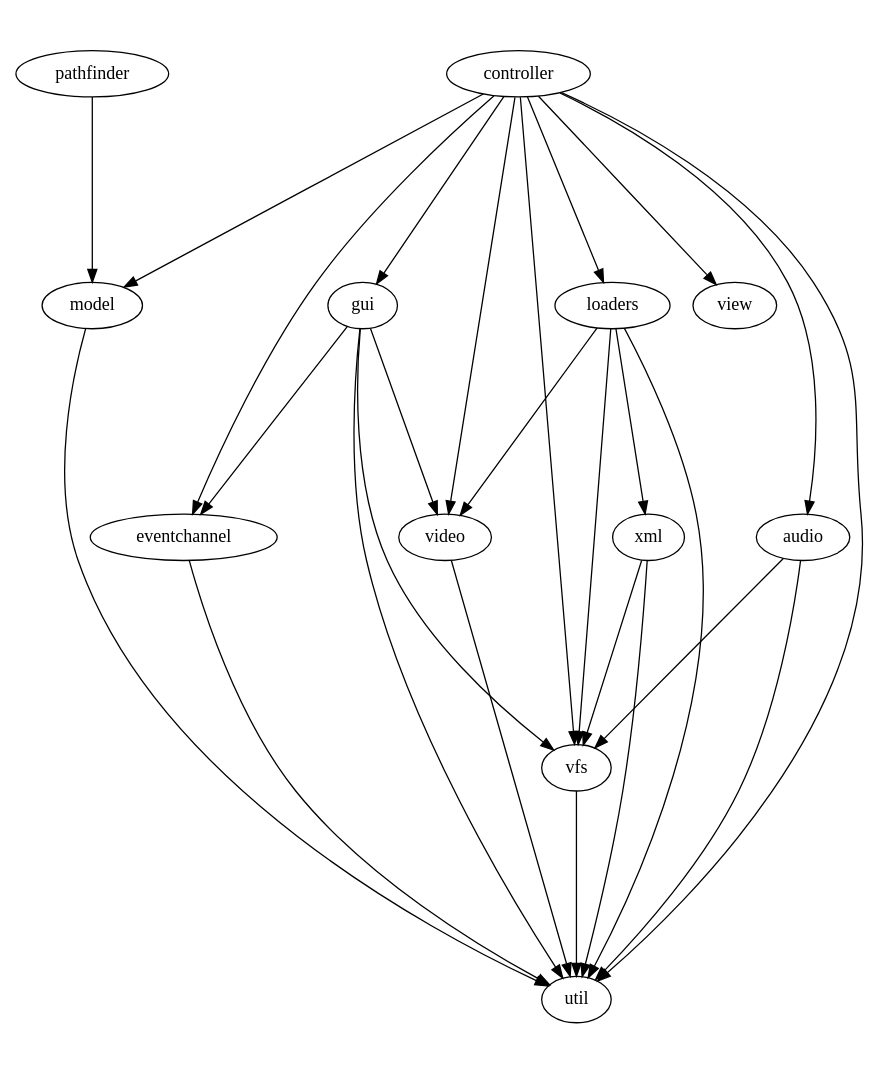
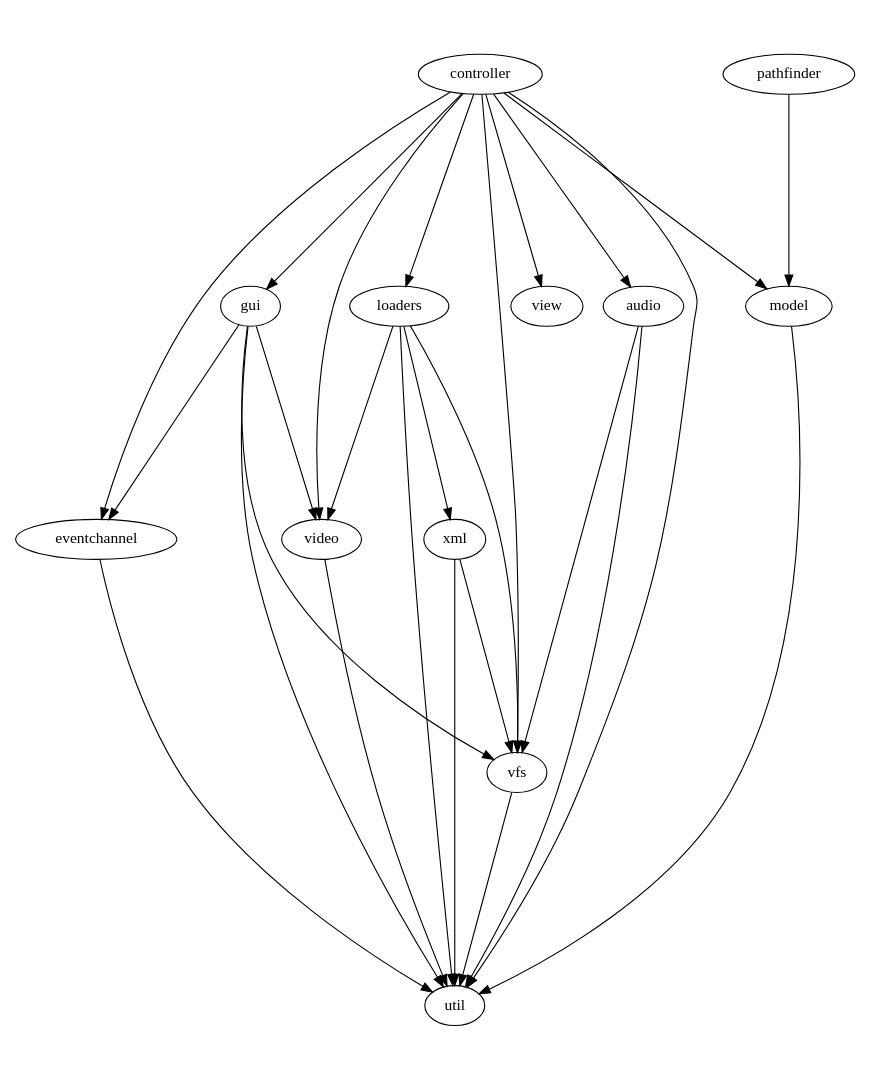
One commit to fifengine/fifengine changed the diagram in doc/dependencies/moduledeps.dot. Above: the diagram before and after it, drawn with Graphviz. The commit also changed other lines of this file and 4 other files, not shown here.

```diff
--- a/doc/dependencies/moduledeps.dot
+++ b/doc/dependencies/moduledeps.dot
@@ -1,34 +1,34 @@
 digraph "source tree" {
     overlap=scale;
     size="8,10";
     ratio="fill";
     fontsize="16";
     fontname="Helvetica";
     clusterrank="local";
-    "xml" -> "util"
-    "xml" -> "vfs"
-    "pathfinder" -> "model"
+    "audio" -> "util"
+    "audio" -> "vfs"
+    "controller" -> "audio"
+    "controller" -> "eventchannel"
+    "controller" -> "gui"
+    "controller" -> "loaders"
+    "controller" -> "model"
+    "controller" -> "util"
+    "controller" -> "vfs"
+    "controller" -> "video"
+    "controller" -> "view"
+    "eventchannel" -> "util"
+    "gui" -> "eventchannel"
     "gui" -> "util"
     "gui" -> "vfs"
     "gui" -> "video"
-    "gui" -> "eventchannel"
-    "eventchannel" -> "util"
     "loaders" -> "util"
+    "loaders" -> "vfs"
     "loaders" -> "video"
-    "loaders" -> "vfs"
     "loaders" -> "xml"
-    "controller" -> "gui"
-    "controller" -> "eventchannel"
-    "controller" -> "loaders"
-    "controller" -> "util"
-    "controller" -> "video"
-    "controller" -> "model"
-    "controller" -> "audio"
-    "controller" -> "vfs"
-    "controller" -> "view"
+    "model" -> "util"
+    "pathfinder" -> "model"
+    "vfs" -> "util"
     "video" -> "util"
-    "model" -> "util"
-    "audio" -> "util"
-    "audio" -> "vfs"
-    "vfs" -> "util"
+    "xml" -> "util"
+    "xml" -> "vfs"
 }
```
